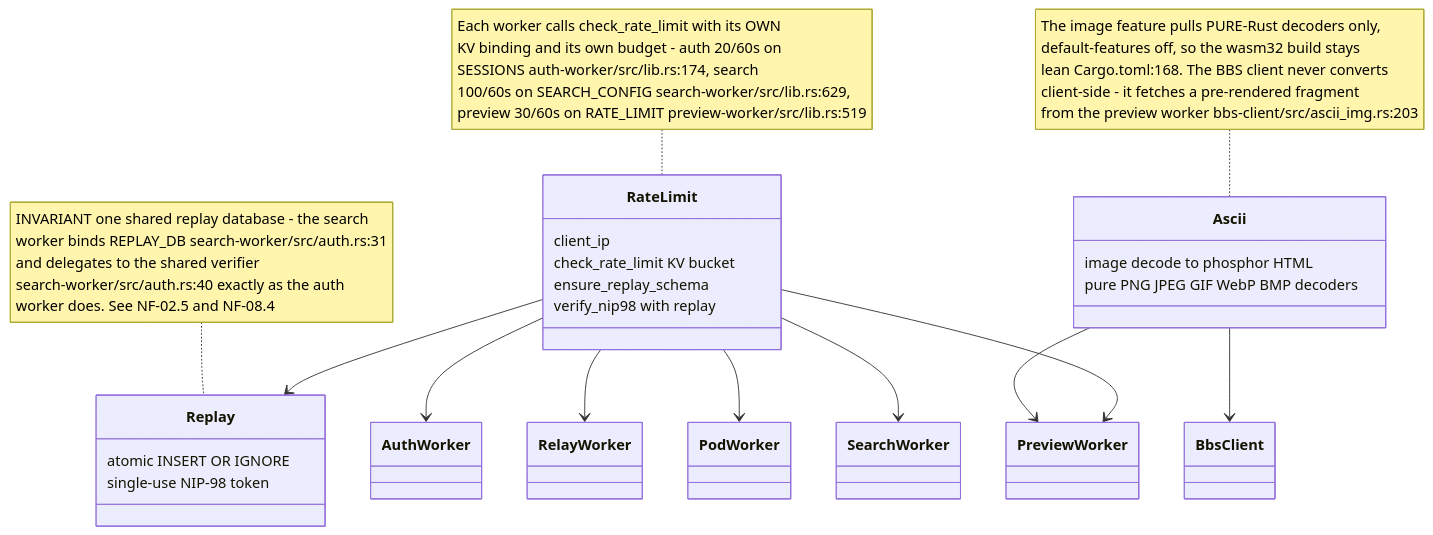
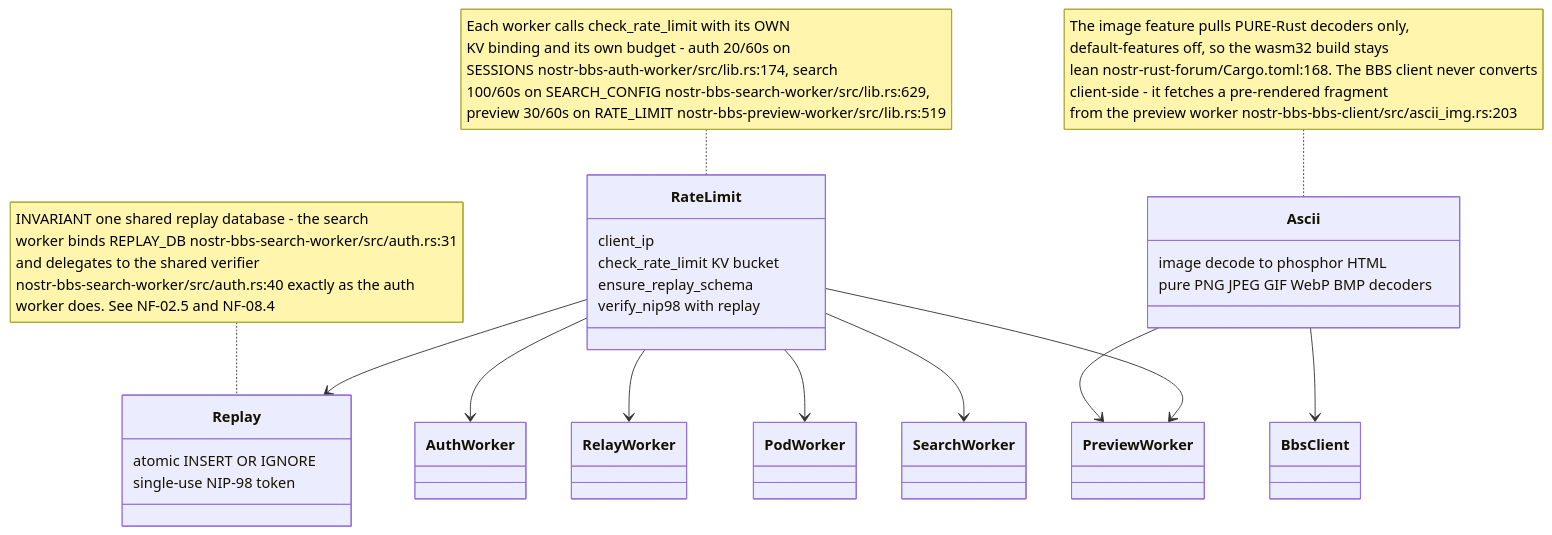
One commit to DreamLab-AI/VisionFlow changed the eighth of 8 diagrams in docs/diagrams/nostr-rust-forum/07-search-preview-and-shared-worker-utilities.md. Above: the diagram before and after it, drawn with Mermaid. The commit also changed other lines of this file and 185 other files, not shown here.

Commit message:
docs(estate): reconcile diagrams and ADRs with source and define closeout sprint

````diff
--- a/docs/diagrams/nostr-rust-forum/07-search-preview-and-shared-worker-utilities.md
+++ b/docs/diagrams/nostr-rust-forum/07-search-preview-and-shared-worker-utilities.md
@@ -192,29 +195,29 @@
 ```mermaid
 classDiagram
     class RateLimit {
         client_ip
         check_rate_limit KV bucket
         ensure_replay_schema
         verify_nip98 with replay
     }
     class Replay {
         atomic INSERT OR IGNORE
         single-use NIP-98 token
     }
     class Ascii {
         image decode to phosphor HTML
         pure PNG JPEG GIF WebP BMP decoders
     }
     RateLimit --> Replay
     Ascii --> PreviewWorker
     Ascii --> BbsClient
     RateLimit --> AuthWorker
     RateLimit --> RelayWorker
     RateLimit --> PodWorker
     RateLimit --> SearchWorker
     RateLimit --> PreviewWorker
 
-    note for RateLimit "Each worker calls check_rate_limit with its OWN<br/>KV binding and its own budget - auth 20/60s on<br/>SESSIONS auth-worker/src/lib.rs:174, search<br/>100/60s on SEARCH_CONFIG search-worker/src/lib.rs:629,<br/>preview 30/60s on RATE_LIMIT preview-worker/src/lib.rs:519"
-    note for Replay "INVARIANT one shared replay database - the search<br/>worker binds REPLAY_DB search-worker/src/auth.rs:31<br/>and delegates to the shared verifier<br/>search-worker/src/auth.rs:40 exactly as the auth<br/>worker does. See NF-02.5 and NF-08.4"
-    note for Ascii "The image feature pulls PURE-Rust decoders only,<br/>default-features off, so the wasm32 build stays<br/>lean Cargo.toml:168. The BBS client never converts<br/>client-side - it fetches a pre-rendered fragment<br/>from the preview worker bbs-client/src/ascii_img.rs:203"
+    note for RateLimit "Each worker calls check_rate_limit with its OWN<br/>KV binding and its own budget - auth 20/60s on<br/>SESSIONS nostr-bbs-auth-worker/src/lib.rs:174, search<br/>100/60s on SEARCH_CONFIG nostr-bbs-search-worker/src/lib.rs:629,<br/>preview 30/60s on RATE_LIMIT nostr-bbs-preview-worker/src/lib.rs:519"
+    note for Replay "INVARIANT one shared replay database - the search<br/>worker binds REPLAY_DB nostr-bbs-search-worker/src/auth.rs:31<br/>and delegates to the shared verifier<br/>nostr-bbs-search-worker/src/auth.rs:40 exactly as the auth<br/>worker does. See NF-02.5 and NF-08.4"
+    note for Ascii "The image feature pulls PURE-Rust decoders only,<br/>default-features off, so the wasm32 build stays<br/>lean nostr-rust-forum/Cargo.toml:168. The BBS client never converts<br/>client-side - it fetches a pre-rendered fragment<br/>from the preview worker nostr-bbs-bbs-client/src/ascii_img.rs:203"
 ```
````
